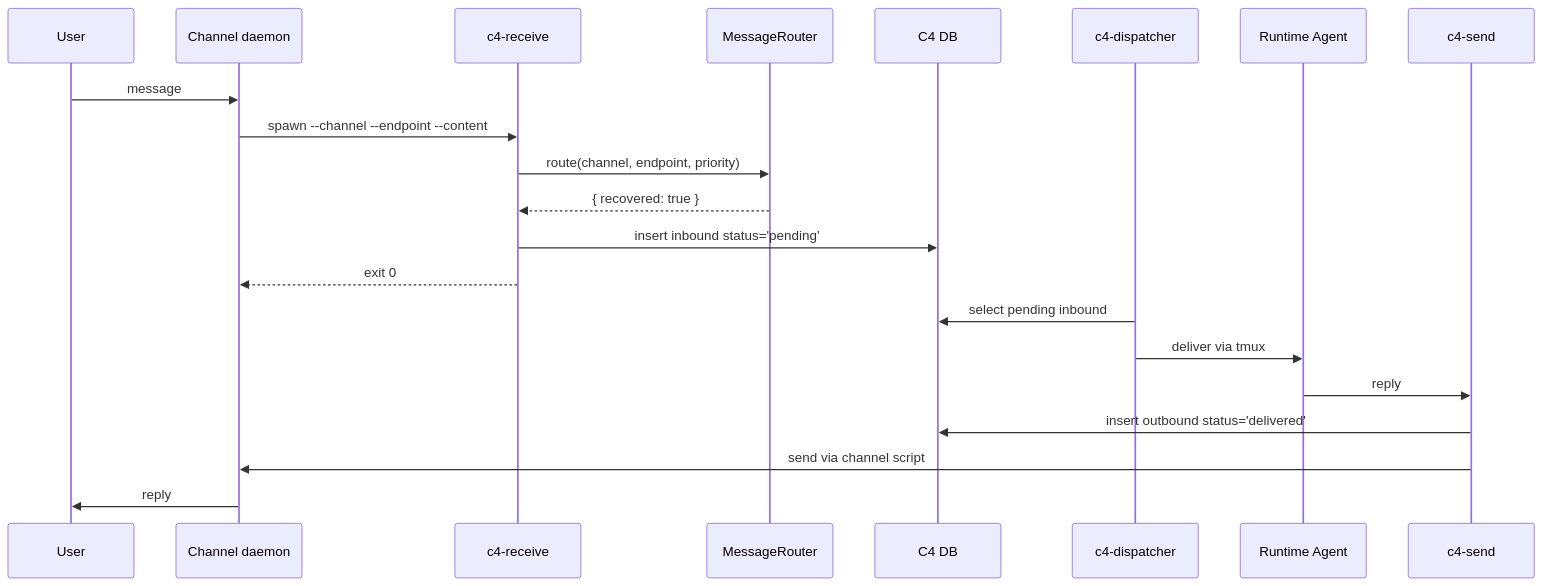
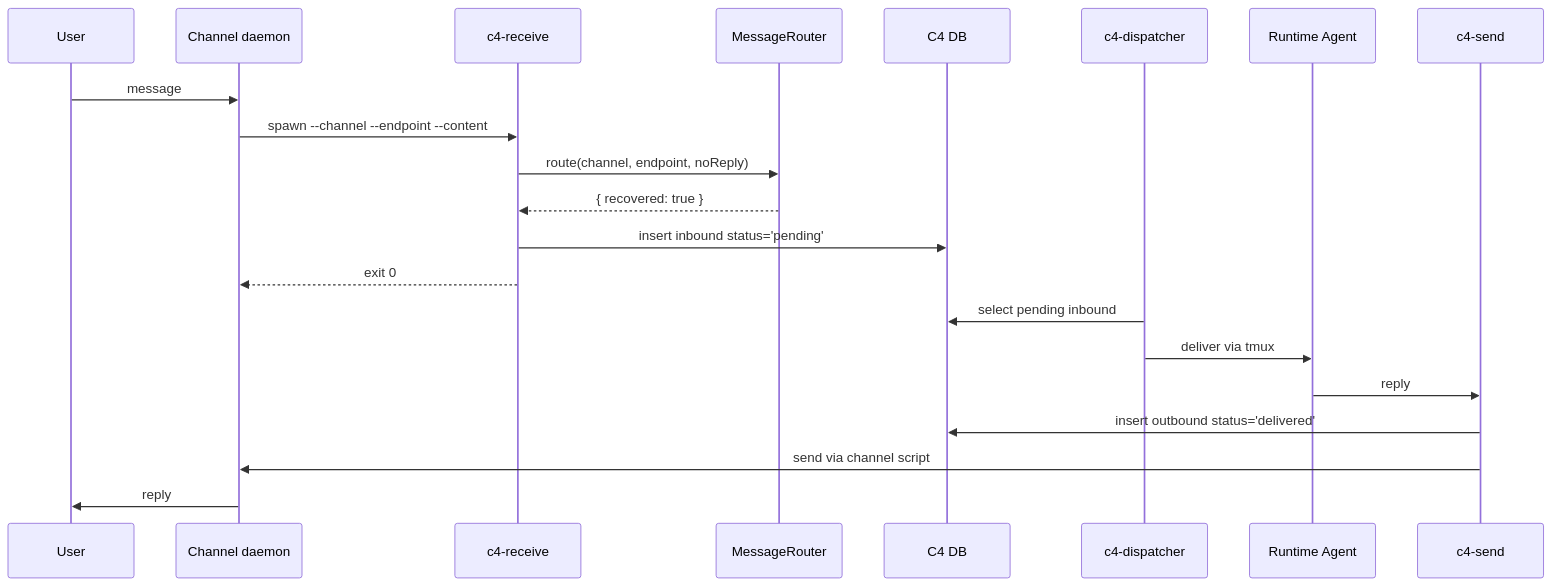
One commit to zylos-ai/zylos-core changed the second of 3 diagrams in docs/activity-monitor-design.md. Above: the diagram before and after it, drawn with Mermaid. The commit also changed other lines of this file, not shown here.

````diff
--- a/docs/activity-monitor-design.md
+++ b/docs/activity-monitor-design.md
@@ -84,24 +84,24 @@
 ```mermaid
 sequenceDiagram
   participant U as User
   participant C as Channel daemon
   participant R as c4-receive
   participant MR as MessageRouter
   participant DB as C4 DB
   participant D as c4-dispatcher
   participant A as Runtime Agent
   participant S as c4-send
 
   U->>C: message
   C->>R: spawn --channel --endpoint --content
-  R->>MR: route(channel, endpoint, priority)
+  R->>MR: route(channel, endpoint, noReply)
   MR-->>R: { recovered: true }
   R->>DB: insert inbound status='pending'
   R-->>C: exit 0
   D->>DB: select pending inbound
   D->>A: deliver via tmux
   A->>S: reply
   S->>DB: insert outbound status='delivered'
   S->>C: send via channel script
   C->>U: reply
 ```
````
